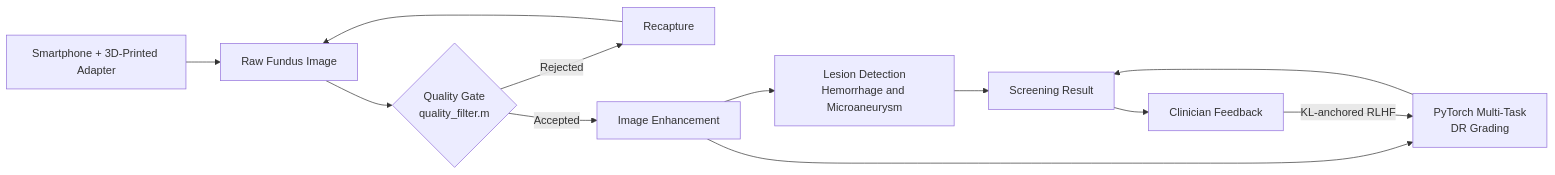
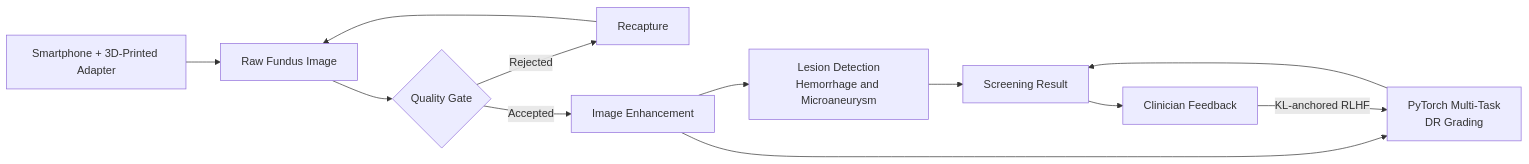
One commit to devadeepm/NetraSense changed the diagram in README.md. Above: the diagram before and after it, drawn with Mermaid.

````diff
--- a/README.md
+++ b/README.md
@@ -54,14 +54,14 @@
 ```mermaid
 flowchart LR
     A[Smartphone + 3D-Printed Adapter] --> B[Raw Fundus Image]
-    B --> C{Quality Gate<br/>quality_filter.m}
+    B --> C{Quality Gate<br/>}
     C -- Rejected --> D[Recapture]
     D --> B
     C -- Accepted --> E[Image Enhancement]
     E --> F[Lesion Detection<br/>Hemorrhage and Microaneurysm]
     E --> G[PyTorch Multi-Task<br/>DR Grading]
     F --> H[Screening Result]
     G --> H
     H --> I[Clinician Feedback]
     I -- KL-anchored RLHF --> G
 ```
````
